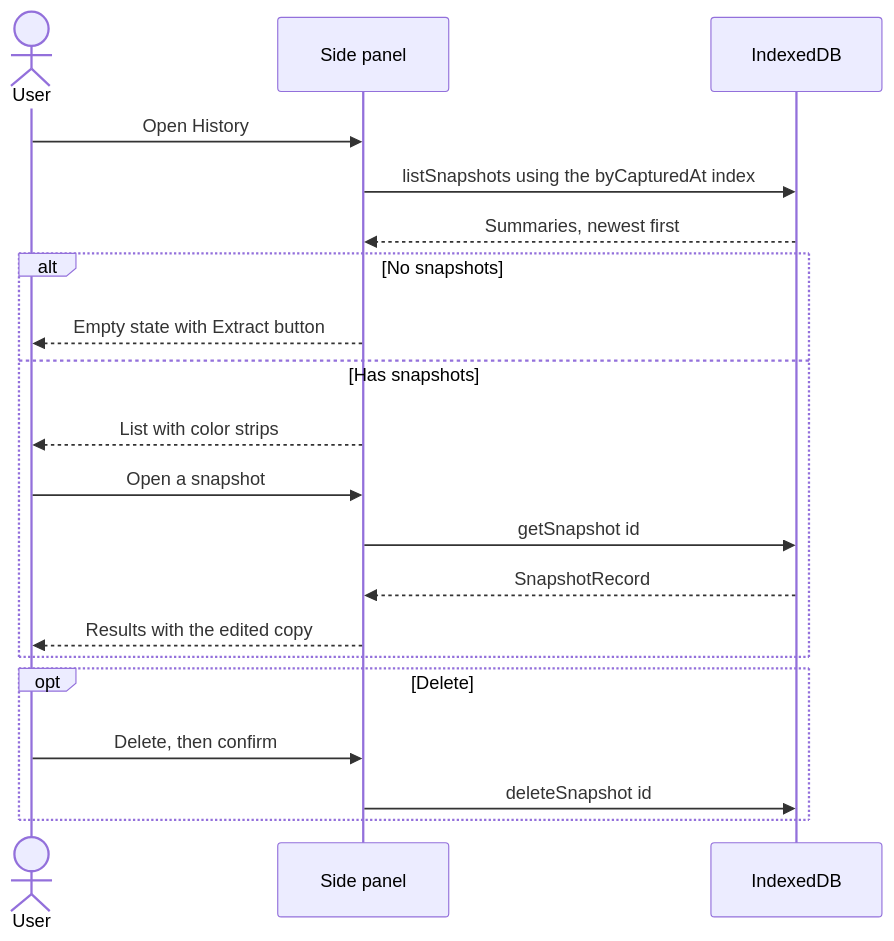
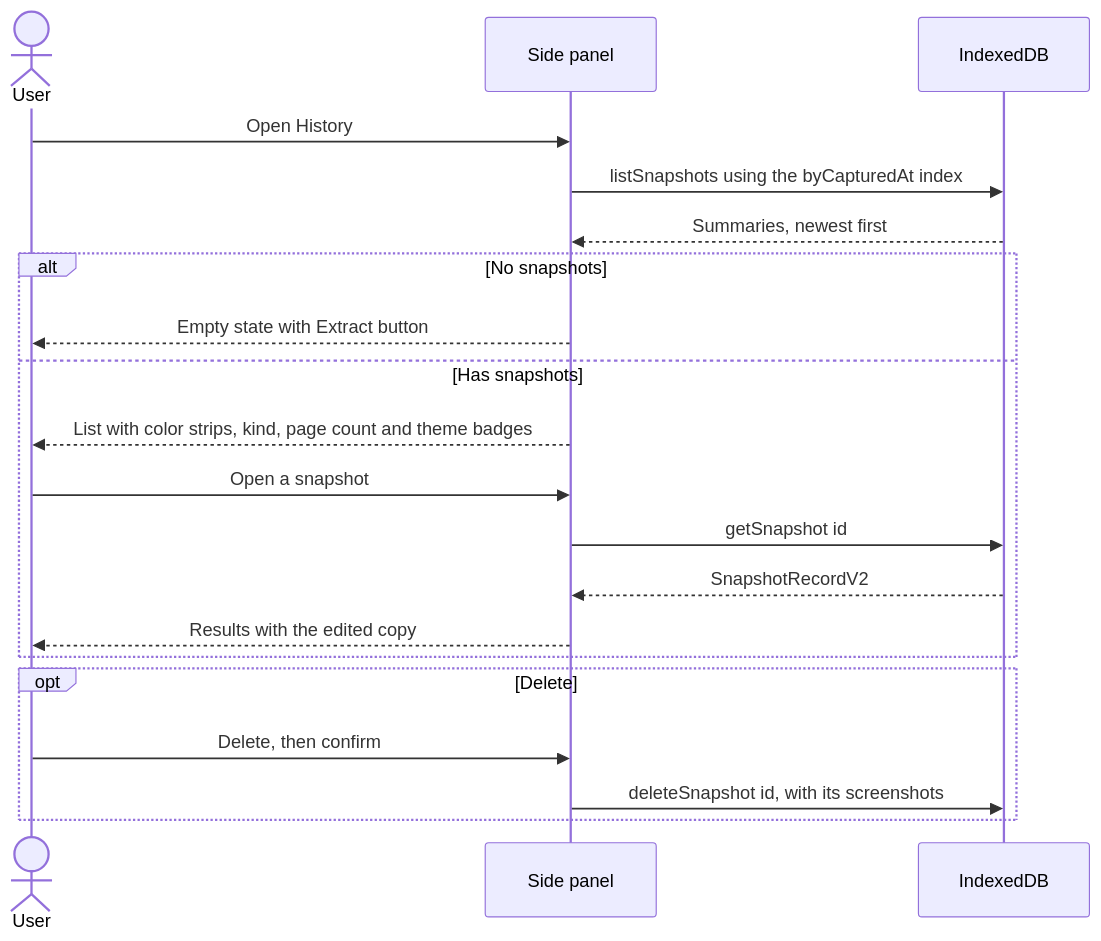
The seventh of 13 diagrams in docs/sequences.md (ankitmaurya-16/webstyle-extractor-for-ai-agents), drawn with Mermaid before and after one commit. The commit also changed other lines of this file and 14 other files, not shown here.

````diff
--- a/docs/sequences.md
+++ b/docs/sequences.md
@@ -164,22 +173,22 @@
 ```mermaid
 sequenceDiagram
   actor U as User
   participant P as Side panel
   participant DB as IndexedDB
   U->>P: Open History
   P->>DB: listSnapshots using the byCapturedAt index
   DB-->>P: Summaries, newest first
   alt No snapshots
     P-->>U: Empty state with Extract button
   else Has snapshots
-    P-->>U: List with color strips
+    P-->>U: List with color strips, kind, page count and theme badges
     U->>P: Open a snapshot
     P->>DB: getSnapshot id
-    DB-->>P: SnapshotRecord
+    DB-->>P: SnapshotRecordV2
     P-->>U: Results with the edited copy
   end
   opt Delete
     U->>P: Delete, then confirm
-    P->>DB: deleteSnapshot id
+    P->>DB: deleteSnapshot id, with its screenshots
   end
 ```
````
